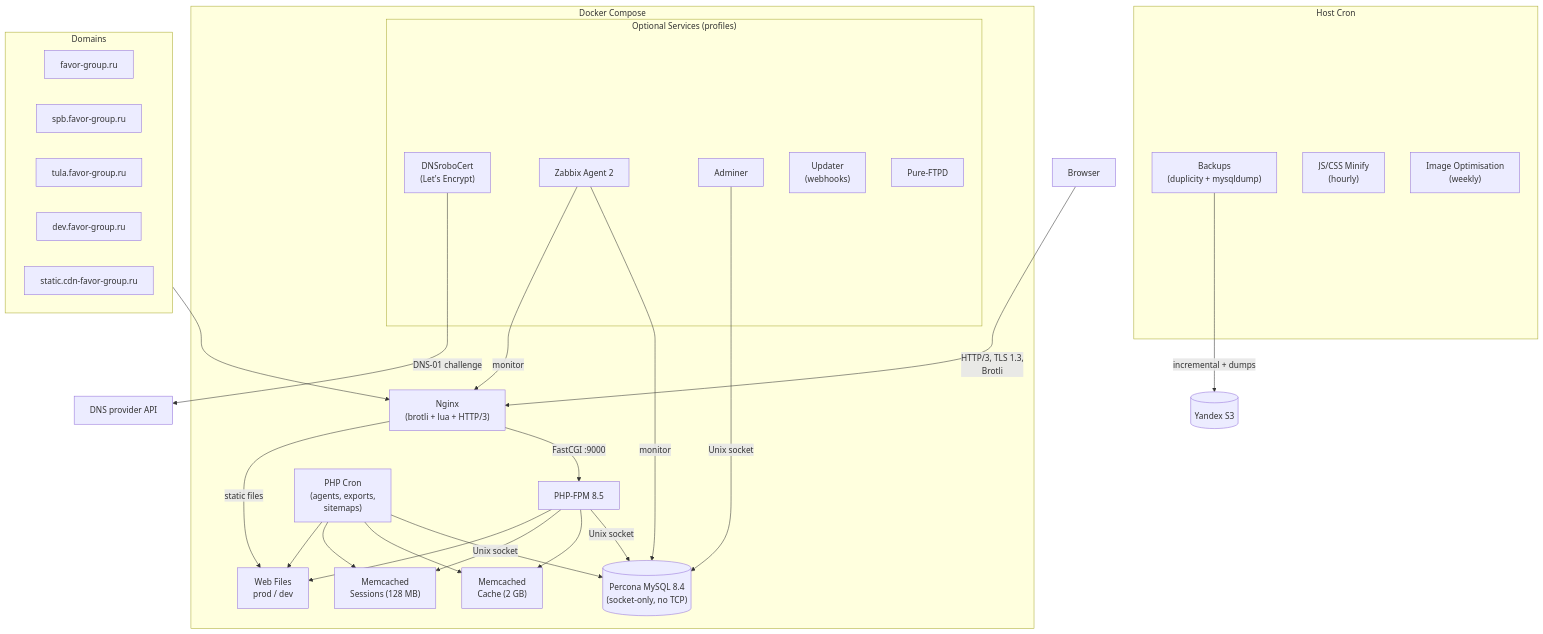
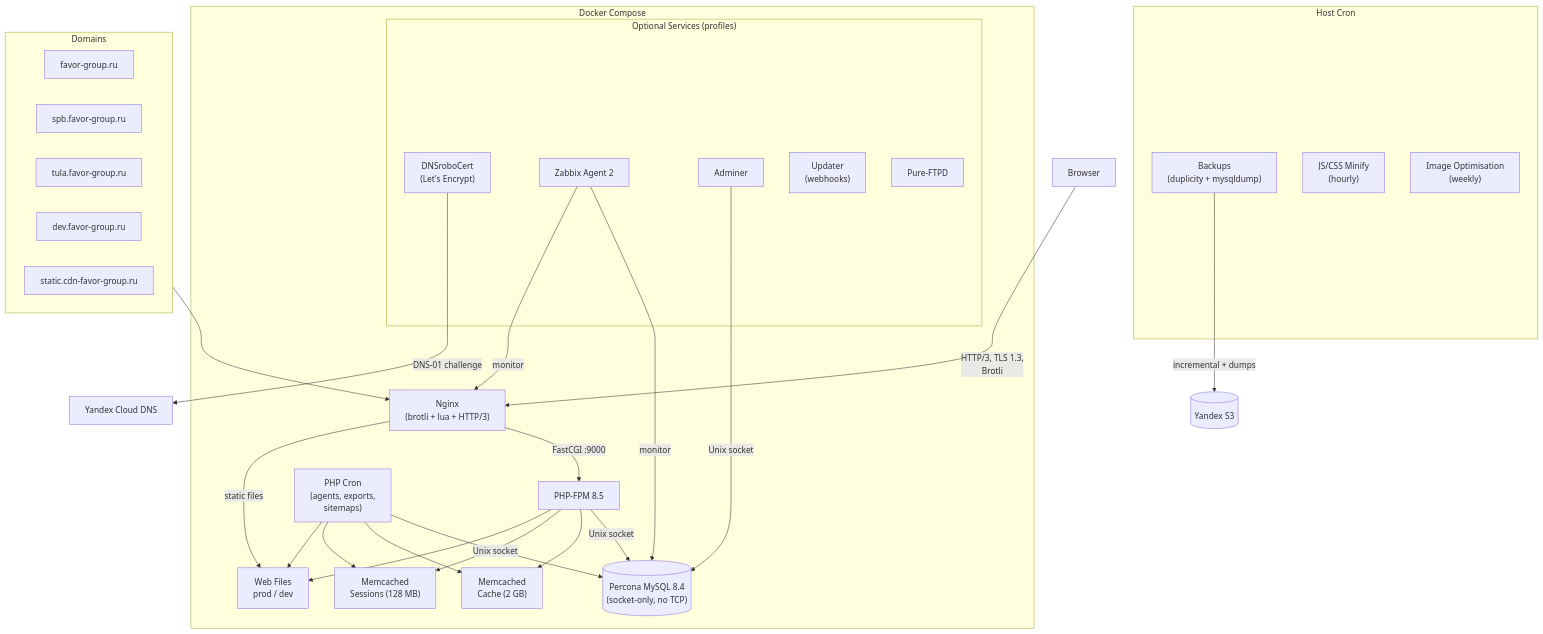
The first of 2 diagrams in Readme.md (paskal/bitrix.infra), drawn with Mermaid before and after one commit. The commit also changed other lines of this file and 7 other files, not shown here.

First line of the commit message:
Keep Yandex Cloud DNS support, leave its token refresh unscheduled

````diff
--- a/Readme.md
+++ b/Readme.md
@@ -9,52 +9,52 @@
 ```mermaid
 flowchart TB
     User["Browser"] -->|"HTTP/3, TLS 1.3,<br>Brotli"| Nginx
 
     subgraph Docker["Docker Compose"]
         Nginx["Nginx<br>(brotli + lua + HTTP/3)"]
 
         Nginx -->|"FastCGI :9000"| PHP["PHP-FPM 8.5"]
         Nginx -->|"static files"| Web["Web Files<br>prod / dev"]
 
         PHP -->|"Unix socket"| MySQL[("Percona MySQL 8.4<br>(socket-only, no TCP)")]
         PHP --> Memcached["Memcached<br>Cache (2 GB)"]
         PHP --> MemSessions["Memcached<br>Sessions (128 MB)"]
         PHP --> Web
 
         PHPCron["PHP Cron<br>(agents, exports,<br>sitemaps)"] -->|"Unix socket"| MySQL
         PHPCron --> Memcached
         PHPCron --> MemSessions
         PHPCron --> Web
 
         subgraph Optional["Optional Services (profiles)"]
             Certbot["DNSroboCert<br>(Let's Encrypt)"]
             Zabbix["Zabbix Agent 2"]
             Adminer["Adminer"]
             Updater["Updater<br>(webhooks)"]
             FTP["Pure-FTPD"]
         end
 
         Zabbix -->|"monitor"| MySQL
         Zabbix -->|"monitor"| Nginx
         Adminer -->|"Unix socket"| MySQL
     end
 
     subgraph HostCron["Host Cron"]
         Backup["Backups<br>(duplicity + mysqldump)"]
         Minify["JS/CSS Minify<br>(hourly)"]
         ImgOpt["Image Optimisation<br>(weekly)"]
     end
 
     Backup -->|"incremental + dumps"| S3[("Yandex S3")]
-    Certbot -->|"DNS-01 challenge"| DNS["DNS provider API"]
+    Certbot -->|"DNS-01 challenge"| YcDNS["Yandex Cloud DNS"]
 
     subgraph Regions["Domains"]
         MSK["favor-group.ru"]
         SPB["spb.favor-group.ru"]
         Tula["tula.favor-group.ru"]
         Dev["dev.favor-group.ru"]
         CDN["static.cdn-favor-group.ru"]
     end
 
     Regions --> Nginx
 ```
````
